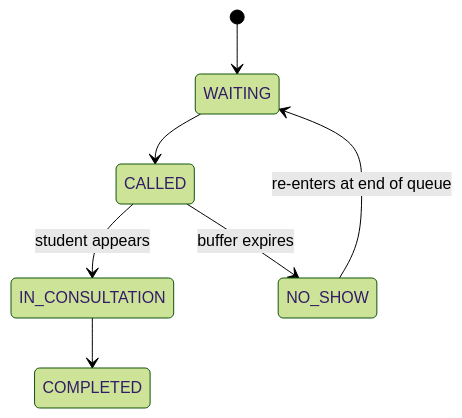
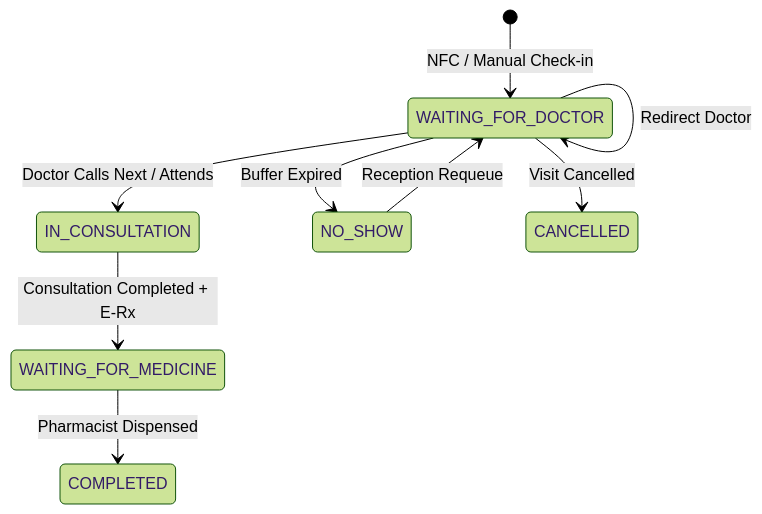
The third of 3 diagrams in README.md (LavdeepSingh23/CampusCare), drawn with Mermaid (forest theme) before and after one commit. The commit also changed other lines of this file, not shown here.

````diff
--- a/README.md
+++ b/README.md
@@ -303,9 +241,11 @@
 ```mermaid
 stateDiagram-v2
-    [*] --> WAITING
-    WAITING --> CALLED
-    CALLED --> IN_CONSULTATION : student appears
-    CALLED --> NO_SHOW : buffer expires
-    NO_SHOW --> WAITING : re-enters at end of queue
-    IN_CONSULTATION --> COMPLETED
+    [*] --> WAITING_FOR_DOCTOR : NFC / Manual Check-in
+    WAITING_FOR_DOCTOR --> IN_CONSULTATION : Doctor Calls Next / Attends
+    WAITING_FOR_DOCTOR --> NO_SHOW : Buffer Expired
+    NO_SHOW --> WAITING_FOR_DOCTOR : Reception Requeue
+    WAITING_FOR_DOCTOR --> WAITING_FOR_DOCTOR : Redirect Doctor
+    IN_CONSULTATION --> WAITING_FOR_MEDICINE : Consultation Completed + E-Rx
+    WAITING_FOR_MEDICINE --> COMPLETED : Pharmacist Dispensed
+    WAITING_FOR_DOCTOR --> CANCELLED : Visit Cancelled
 ```
````
